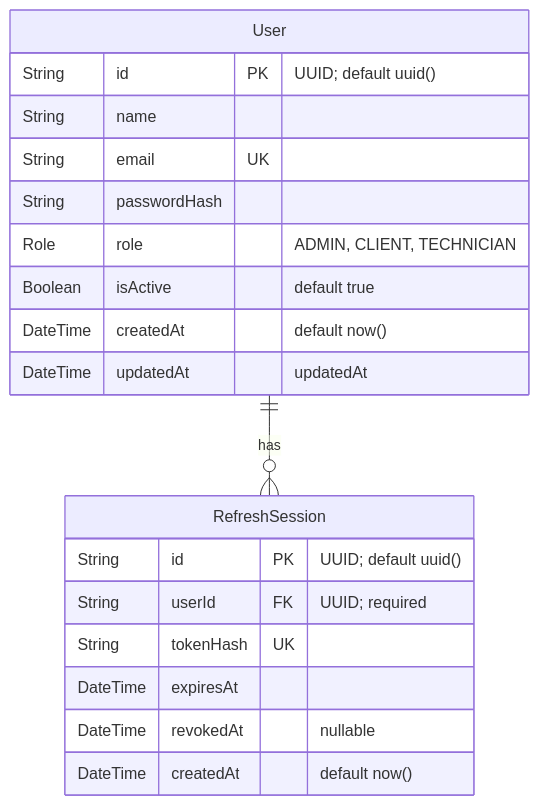
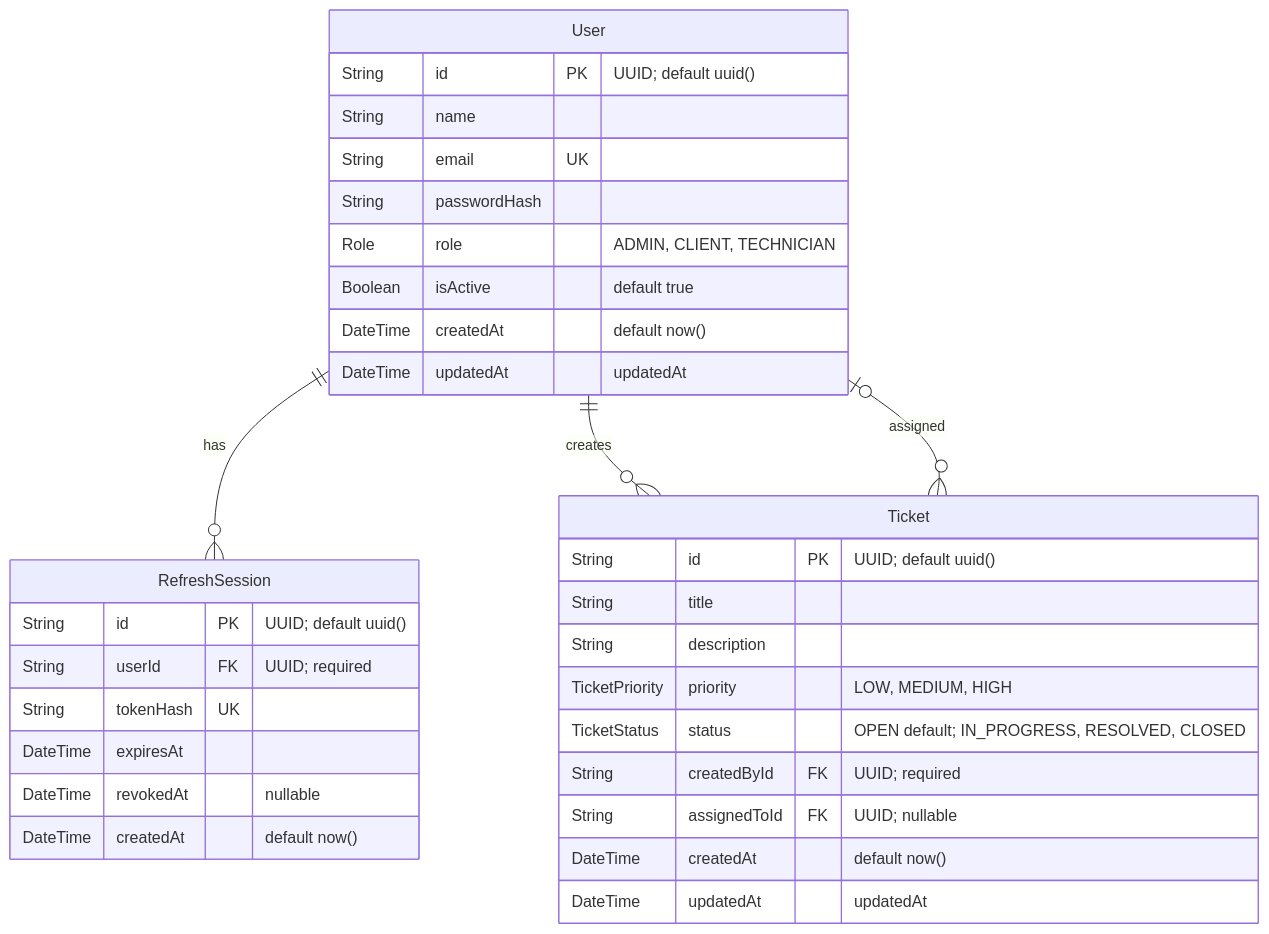
Before and after one commit to OzkrMonroy/support-ticket-system: the second of 2 diagrams in docs/ARCHITECTURE.md, drawn with Mermaid. The commit also changed other lines of this file and 12 other files, not shown here.

````diff
--- a/docs/ARCHITECTURE.md
+++ b/docs/ARCHITECTURE.md
@@ -41,22 +41,35 @@
 ```mermaid
 erDiagram
     User ||--o{ RefreshSession : has
+    User ||--o{ Ticket : creates
+    User |o--o{ Ticket : assigned
+    Ticket {
+        String id PK "UUID; default uuid()"
+        String title
+        String description
+        TicketPriority priority "LOW, MEDIUM, HIGH"
+        TicketStatus status "OPEN default; IN_PROGRESS, RESOLVED, CLOSED"
+        String createdById FK "UUID; required"
+        String assignedToId FK "UUID; nullable"
+        DateTime createdAt "default now()"
+        DateTime updatedAt "updatedAt"
+    }
     User {
         String id PK "UUID; default uuid()"
         String name
         String email UK
         String passwordHash
         Role role "ADMIN, CLIENT, TECHNICIAN"
         Boolean isActive "default true"
         DateTime createdAt "default now()"
         DateTime updatedAt "updatedAt"
     }
     RefreshSession {
         String id PK "UUID; default uuid()"
         String userId FK "UUID; required"
         String tokenHash UK
         DateTime expiresAt
         DateTime revokedAt "nullable"
         DateTime createdAt "default now()"
     }
 ```
````
